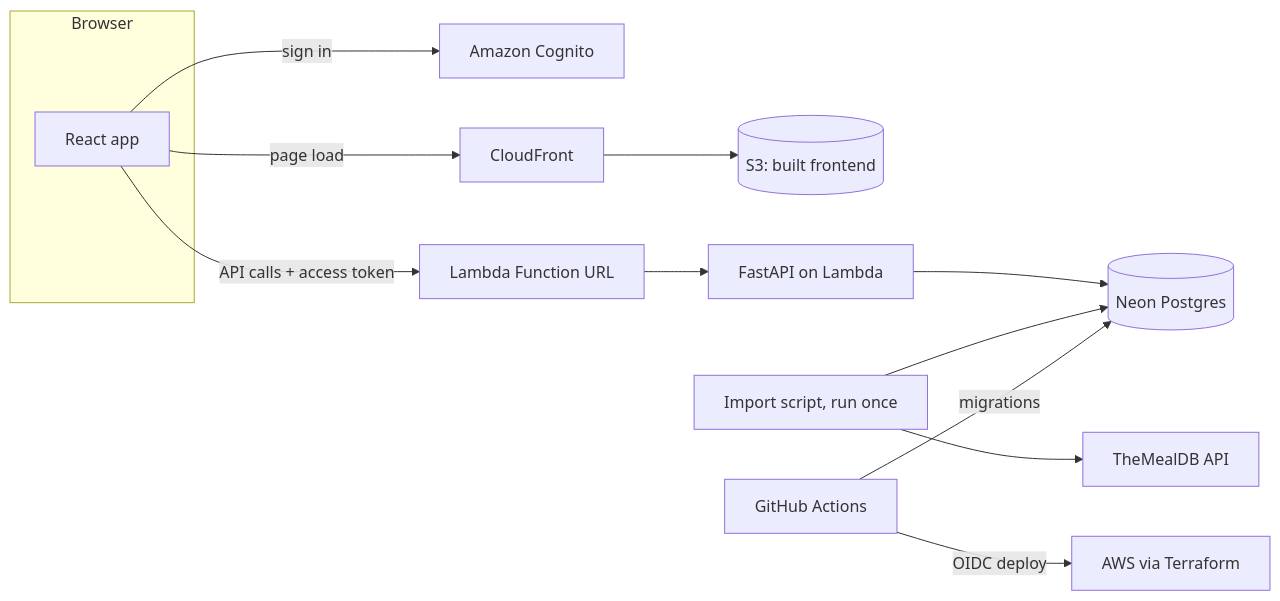
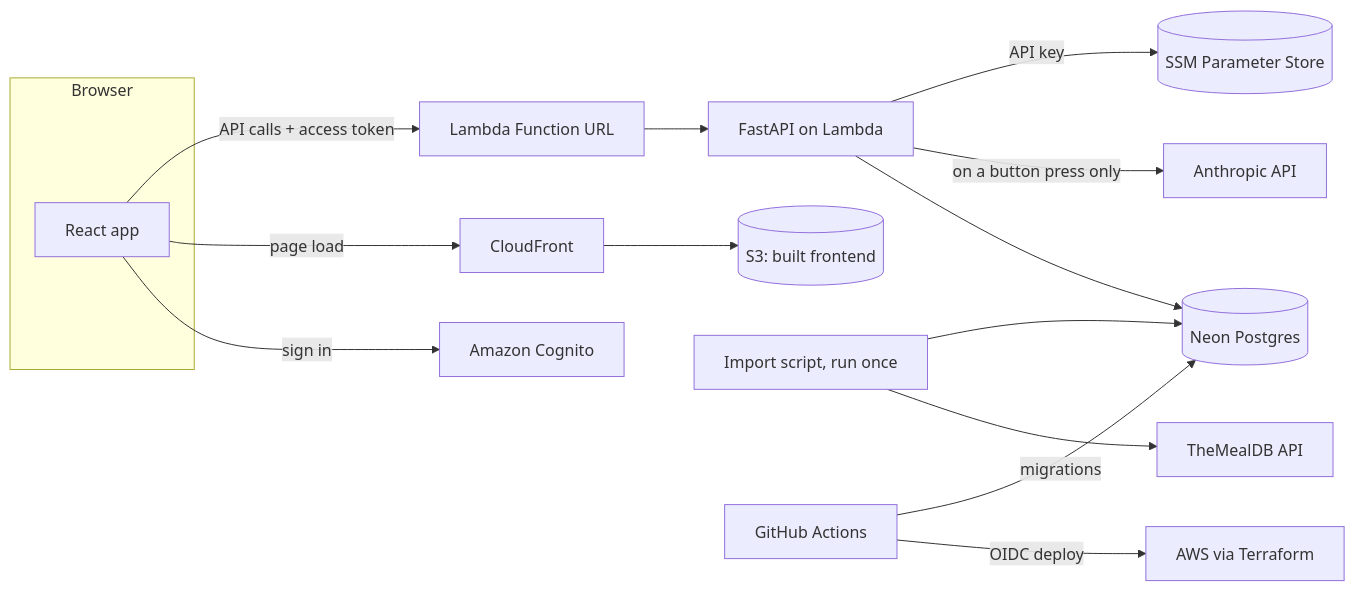
One commit to hishitashah/Scrappy changed the diagram in README.md. Above: the diagram before and after it, drawn with Mermaid. The commit also changed other lines of this file and 3 other files, not shown here.

````diff
--- a/README.md
+++ b/README.md
@@ -13,18 +40,20 @@
 ```mermaid
 flowchart LR
     subgraph Browser
         UI[React app]
     end
 
     UI -- sign in --> Cognito[Amazon Cognito]
     UI -- page load --> CF[CloudFront] --> S3[(S3: built frontend)]
     UI -- "API calls + access token" --> URL[Lambda Function URL]
     URL --> API[FastAPI on Lambda]
     API --> DB[(Neon Postgres)]
+    API -- "on a button press only" --> Claude[Anthropic API]
+    API -- "API key" --> SSM[(SSM Parameter Store)]
 
     Import[Import script, run once] --> MealDB[TheMealDB API]
     Import --> DB
 
     GH[GitHub Actions] -- "OIDC deploy" --> AWS[AWS via Terraform]
     GH -- migrations --> DB
 ```
````
